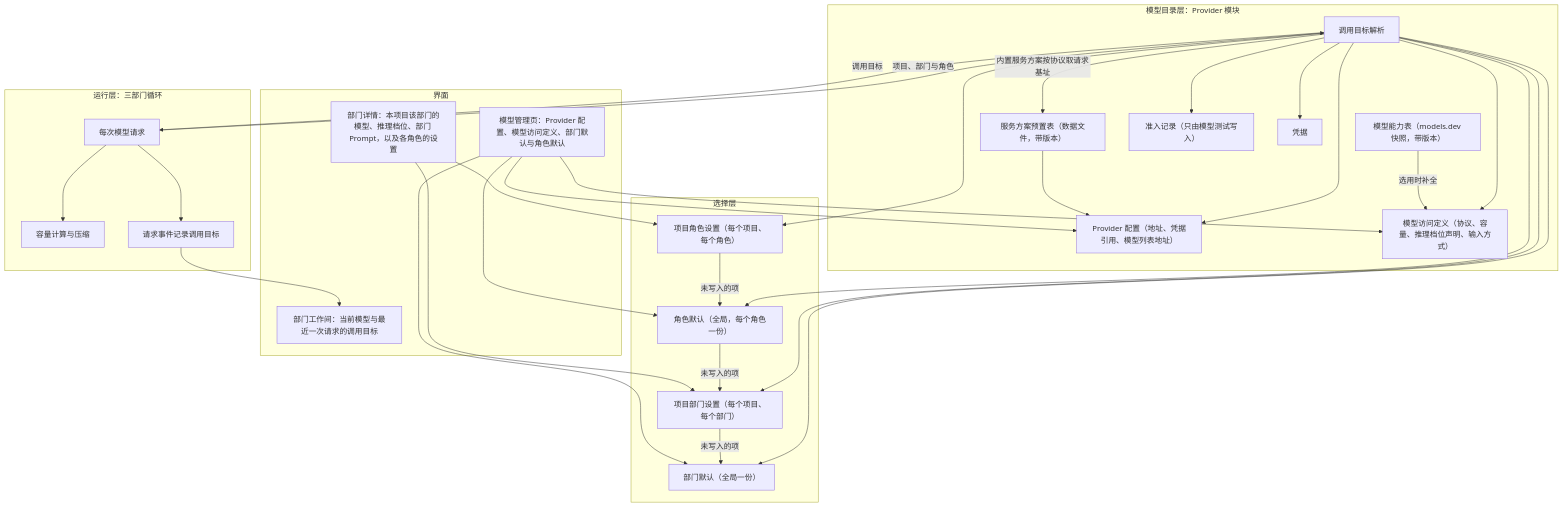
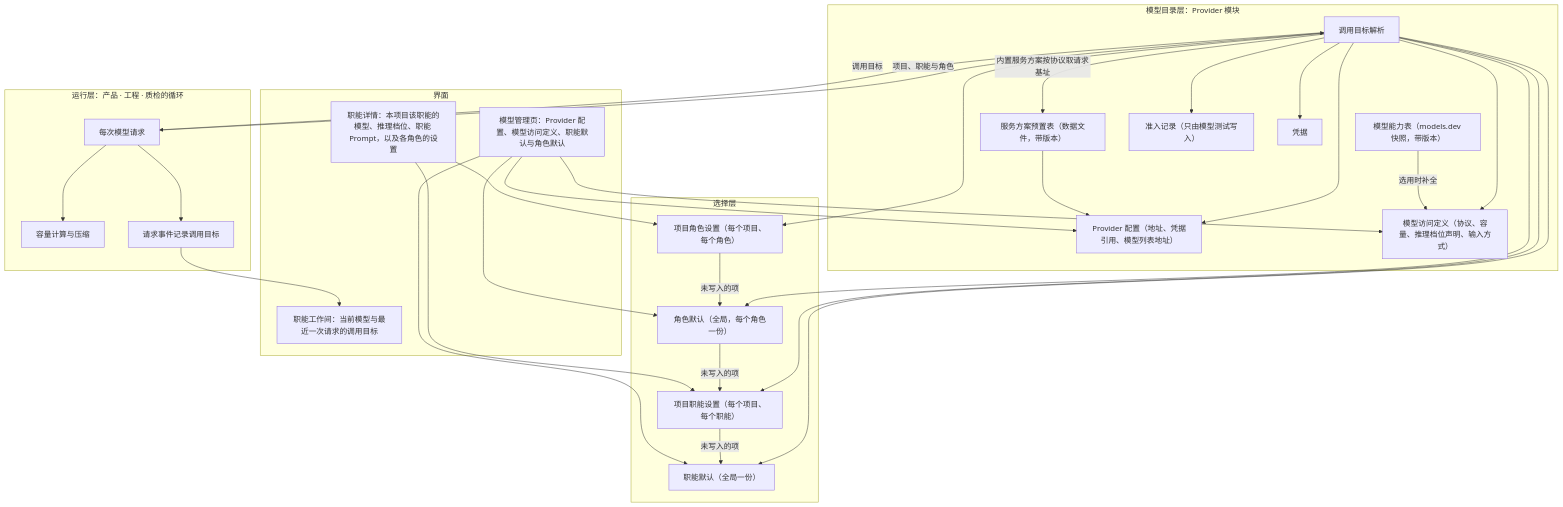
One commit to bender2333/yudao changed the first of 4 diagrams in docs/design/model-management.md. Above: the diagram before and after it, drawn with Mermaid. The commit also changed other lines of this file and 149 other files, not shown here.

````diff
--- a/docs/design/model-management.md
+++ b/docs/design/model-management.md
@@ -31,53 +31,53 @@
 ```mermaid
 flowchart TB
   subgraph UI["界面"]
-    MM["模型管理页：Provider 配置、模型访问定义、部门默认与角色默认"]
-    DS["部门详情：本项目该部门的模型、推理档位、部门 Prompt，以及各角色的设置"]
-    Room["部门工作间：当前模型与最近一次请求的调用目标"]
+    MM["模型管理页：Provider 配置、模型访问定义、职能默认与角色默认"]
+    DS["职能详情：本项目该职能的模型、推理档位、职能 Prompt，以及各角色的设置"]
+    Room["职能工作间：当前模型与最近一次请求的调用目标"]
   end
   subgraph Select["选择层"]
-    Default["部门默认（全局一份）"]
-    ProjectSet["项目部门设置（每个项目、每个部门）"]
+    Default["职能默认（全局一份）"]
+    ProjectSet["项目职能设置（每个项目、每个职能）"]
     RoleDefault["角色默认（全局，每个角色一份）"]
     ProjectRole["项目角色设置（每个项目、每个角色）"]
   end
   subgraph Catalog["模型目录层：Provider 模块"]
     Presets["服务方案预置表（数据文件，带版本）"]
     Caps["模型能力表（models.dev 快照，带版本）"]
     Conn["Provider 配置（地址、凭据引用、模型列表地址）"]
     Def["模型访问定义（协议、容量、推理档位声明、输入方式）"]
     Adm["准入记录（只由模型测试写入）"]
     Cred["凭据"]
     Resolve["调用目标解析"]
   end
-  subgraph Run["运行层：三部门循环"]
+  subgraph Run["运行层：产品 · 工程 · 质检的循环"]
     Req["每次模型请求"]
     Cap["容量计算与压缩"]
     Audit["请求事件记录调用目标"]
   end
   MM --> Conn
   MM --> Def
   MM --> Default
   MM --> RoleDefault
   DS --> ProjectSet
   DS --> ProjectRole
   Presets --> Conn
   Caps -->|"选用时补全"| Def
   ProjectRole -->|"未写入的项"| RoleDefault
   RoleDefault -->|"未写入的项"| ProjectSet
   ProjectSet -->|"未写入的项"| Default
-  Req -->|"项目、部门与角色"| Resolve
+  Req -->|"项目、职能与角色"| Resolve
   Resolve --> ProjectRole
   Resolve --> RoleDefault
   Resolve --> ProjectSet
   Resolve --> Default
   Resolve --> Def
   Resolve --> Adm
   Resolve --> Cred
   Resolve --> Conn
   Resolve -->|"内置服务方案按协议取请求基址"| Presets
   Resolve -->|"调用目标"| Req
   Req --> Cap
   Req --> Audit
   Audit --> Room
 ```
````
